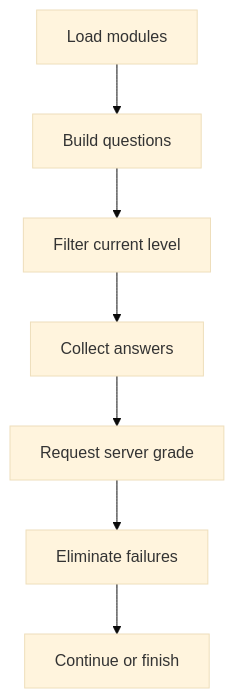
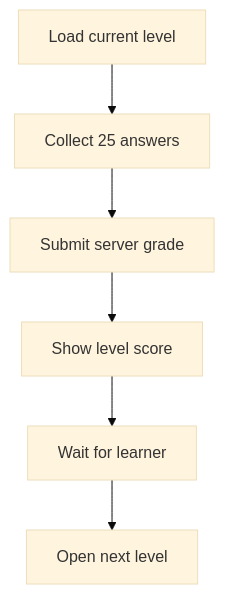
One commit to JohnAndrewBalbarosa/NeoTerritory changed the first of 2 diagrams in docs/Codebase/Frontend/src/components/learn/LearningAssessmentPage.tsx.md. Above: the diagram before and after it, drawn with Mermaid (base theme). The commit also changed other lines of this file and 16 other files, not shown here.

Commit message:
Fix sequential learner pretest flow

````diff
--- a/docs/Codebase/Frontend/src/components/learn/LearningAssessmentPage.tsx.md
+++ b/docs/Codebase/Frontend/src/components/learn/LearningAssessmentPage.tsx.md
@@ -11,9 +14,8 @@
 ```mermaid
 flowchart TD
-    A[Load modules] --> B[Build questions]
-    B --> C[Filter current level]
-    C --> D[Collect answers]
-    D --> E[Request server grade]
-    E --> F[Eliminate failures]
-    F --> G[Continue or finish]
+    A[Load current level] --> B[Collect 25 answers]
+    B --> C[Submit server grade]
+    C --> D[Show level score]
+    D --> E[Wait for learner]
+    E --> F[Open next level]
 ```
````
